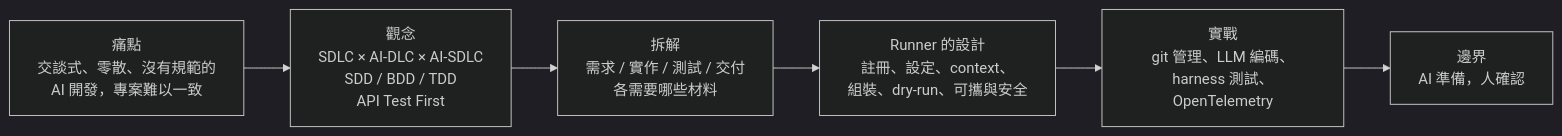
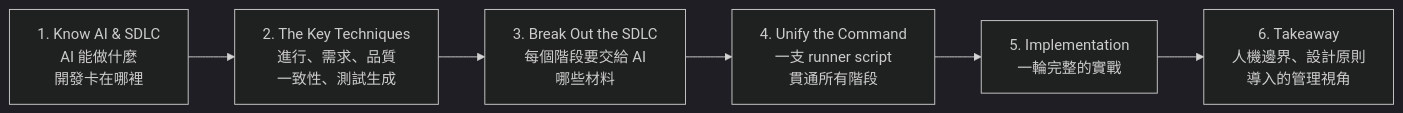
The first of 17 diagrams in docs/courses/AI-SDLC-實戰課程.md (uniheart-tw/ai-sdlc), drawn with Mermaid (dark theme) before and after one commit. The commit also changed other lines of this file and 1 other file, not shown here.

First line of the commit message:
docs(courses): restructure AI-SDLC curriculum into 6-step framework

````diff
--- a/docs/courses/AI-SDLC-實戰課程.md
+++ b/docs/courses/AI-SDLC-實戰課程.md
@@ -32,8 +36,8 @@
 ```mermaid
 flowchart LR
-    P["痛點<br/>交談式、零散、沒有規範的<br/>AI 開發，專案難以一致"] --> M["觀念<br/>SDLC × AI-DLC × AI-SDLC<br/>SDD / BDD / TDD<br/>API Test First"]
-    M --> D["拆解<br/>需求 / 實作 / 測試 / 交付<br/>各需要哪些材料"]
-    D --> E["Runner 的設計<br/>註冊、設定、context、<br/>組裝、dry-run、可攜與安全"]
-    E --> F["實戰<br/>git 管理、LLM 編碼、<br/>harness 測試、OpenTelemetry"]
-    F --> B["邊界<br/>AI 準備，人確認"]
+    K["1. Know AI & SDLC<br/>AI 能做什麼<br/>開發卡在哪裡"] --> T["2. The Key Techniques<br/>進行、需求、品質<br/>一致性、測試生成"]
+    T --> B["3. Break Out the SDLC<br/>每個階段要交給 AI<br/>哪些材料"]
+    B --> U["4. Unify the Command<br/>一支 runner script<br/>貫通所有階段"]
+    U --> I["5. Implementation<br/>一輪完整的實戰"]
+    I --> W["6. Takeaway<br/>人機邊界、設計原則<br/>導入的管理視角"]
 ```
````
